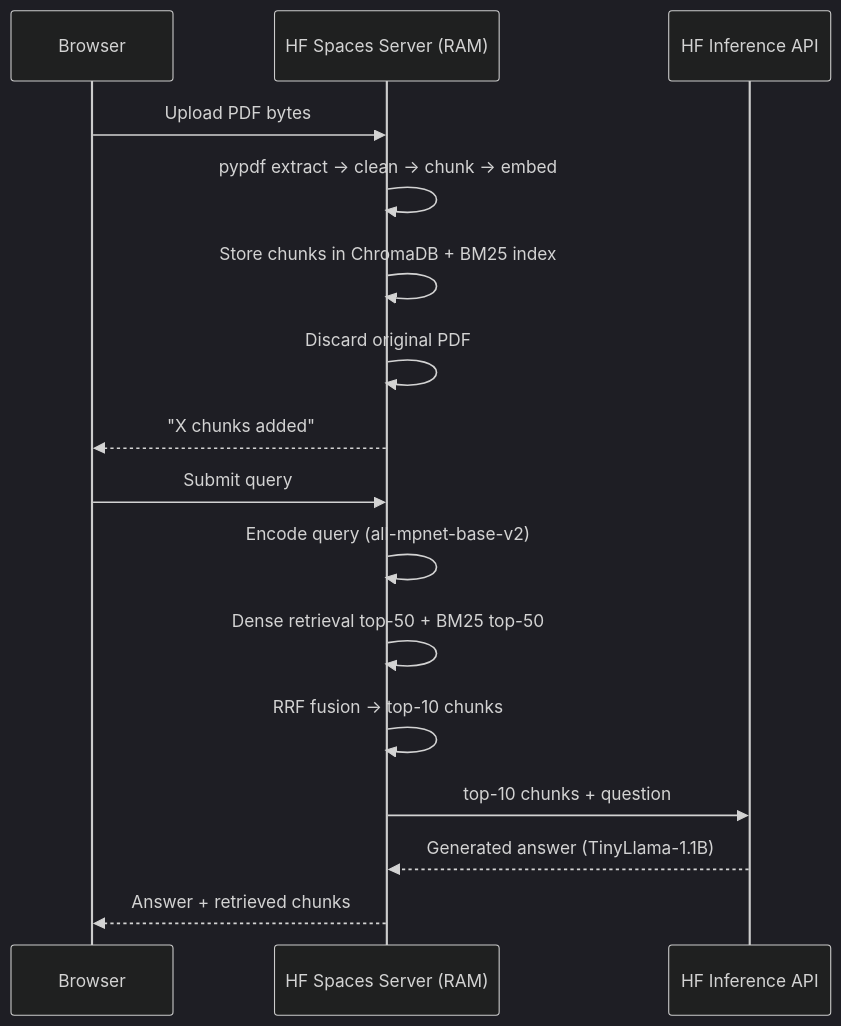
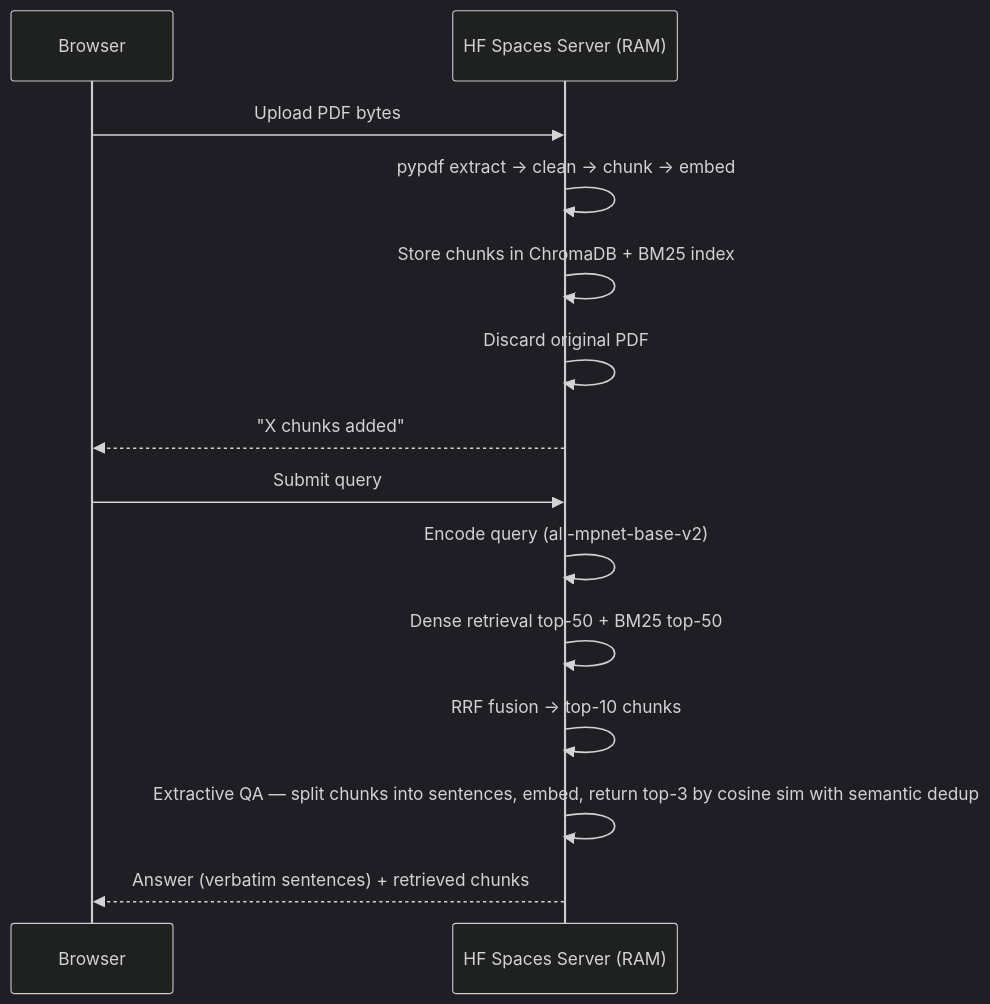
Before and after one commit to sumanthvelagala/document-rag: the second of 2 diagrams in README.md, drawn with Mermaid (dark theme). The commit also changed other lines of this file and 2 other files, not shown here.

First line of the commit message:
Switch to extractive QA, single Ask button, 14/15 accuracy on lease eval

````diff
--- a/README.md
+++ b/README.md
@@ -45,20 +45,18 @@
 ```mermaid
 sequenceDiagram
     participant B as Browser
     participant S as HF Spaces Server (RAM)
-    participant H as HF Inference API
 
     B->>S: Upload PDF bytes
     S->>S: pypdf extract → clean → chunk → embed
     S->>S: Store chunks in ChromaDB + BM25 index
     S->>S: Discard original PDF
     S-->>B: "X chunks added"
 
     B->>S: Submit query
     S->>S: Encode query (all-mpnet-base-v2)
     S->>S: Dense retrieval top-50 + BM25 top-50
     S->>S: RRF fusion → top-10 chunks
-    S->>H: top-10 chunks + question
-    H-->>S: Generated answer (TinyLlama-1.1B)
-    S-->>B: Answer + retrieved chunks
+    S->>S: Extractive QA — split chunks into sentences, embed, return top-3 by cosine sim with semantic dedup
+    S-->>B: Answer (verbatim sentences) + retrieved chunks
 ```
````
